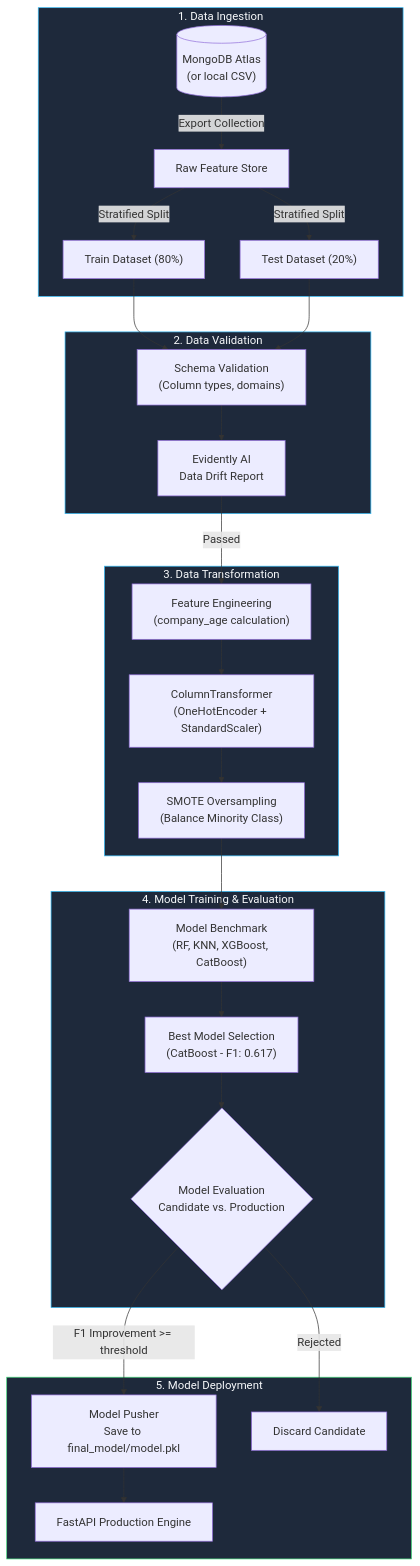
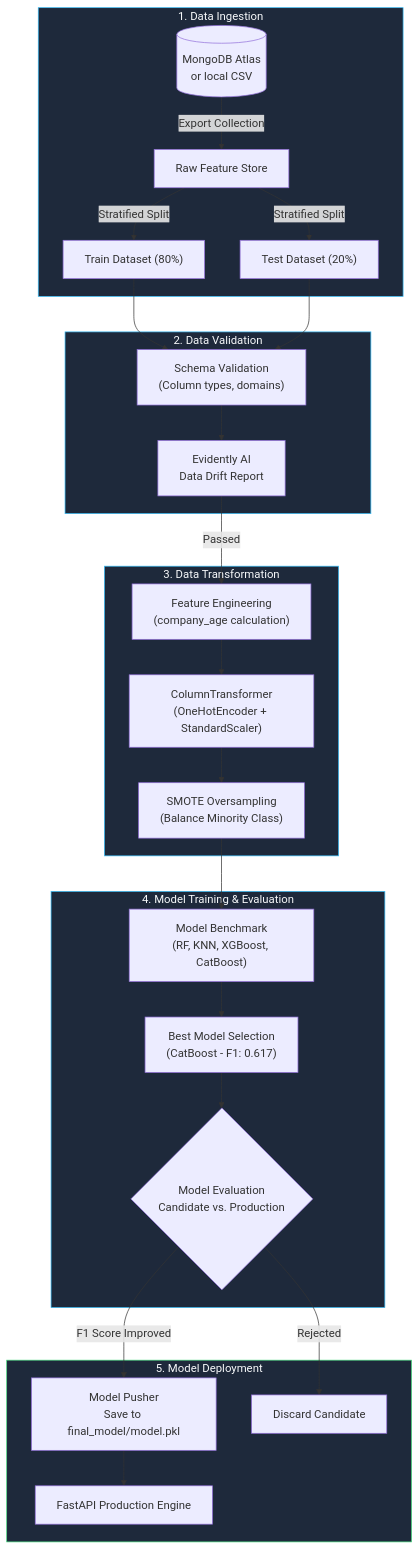
Before and after one commit to PanchalAnubhav/USvisa_approval_systmm: the first of 2 diagrams in README.md, drawn with Mermaid. The commit also changed other lines of this file, not shown here.

Commit message:
Fix Mermaid diagram parser errors with escaped quotes and html breaks

````diff
--- a/README.md
+++ b/README.md
@@ -68,37 +68,37 @@
 ```mermaid
 flowchart TD
     subgraph INGESTION ["1. Data Ingestion"]
-        A[("MongoDB Atlas\n(or local CSV)")] -->|Export Collection| B["Raw Feature Store"]
+        A[("MongoDB Atlas<br/>or local CSV")] -->|Export Collection| B["Raw Feature Store"]
         B -->|Stratified Split| C["Train Dataset (80%)"]
         B -->|Stratified Split| D["Test Dataset (20%)"]
     end
 
     subgraph VALIDATION ["2. Data Validation"]
-        C & D --> E["Schema Validation\n(Column types, domains)"]
-        E --> F["Evidently AI\nData Drift Report"]
+        C & D --> E["Schema Validation<br/>(Column types, domains)"]
+        E --> F["Evidently AI<br/>Data Drift Report"]
     end
 
     subgraph TRANSFORMATION ["3. Data Transformation"]
-        F -->|Passed| G["Feature Engineering\n(company_age calculation)"]
-        G --> H["ColumnTransformer\n(OneHotEncoder + StandardScaler)"]
-        H --> I["SMOTE Oversampling\n(Balance Minority Class)"]
+        F -->|Passed| G["Feature Engineering<br/>(company_age calculation)"]
+        G --> H["ColumnTransformer<br/>(OneHotEncoder + StandardScaler)"]
+        H --> I["SMOTE Oversampling<br/>(Balance Minority Class)"]
     end
 
     subgraph TRAINING ["4. Model Training & Evaluation"]
-        I --> J["Model Benchmark\n(RF, KNN, XGBoost, CatBoost)"]
-        J --> K["Best Model Selection\n(CatBoost - F1: 0.617)"]
-        K --> L{"Model Evaluation\nCandidate vs. Production"}
+        I --> J["Model Benchmark<br/>(RF, KNN, XGBoost, CatBoost)"]
+        J --> K["Best Model Selection<br/>(CatBoost - F1: 0.617)"]
+        K --> L{"Model Evaluation<br/>Candidate vs. Production"}
     end
 
     subgraph PUSHER ["5. Model Deployment"]
-        L -->|F1 Improvement >= threshold| M["Model Pusher\nSave to final_model/model.pkl"]
+        L -->|"F1 Score Improved"| M["Model Pusher<br/>Save to final_model/model.pkl"]
         L -->|Rejected| N["Discard Candidate"]
         M --> O["FastAPI Production Engine"]
     end
 
     style INGESTION fill:#1e293b,stroke:#38bdf8,color:#f8fafc
     style VALIDATION fill:#1e293b,stroke:#38bdf8,color:#f8fafc
     style TRANSFORMATION fill:#1e293b,stroke:#38bdf8,color:#f8fafc
     style TRAINING fill:#1e293b,stroke:#38bdf8,color:#f8fafc
     style PUSHER fill:#1e293b,stroke:#4ade80,color:#f8fafc
 ```
````
